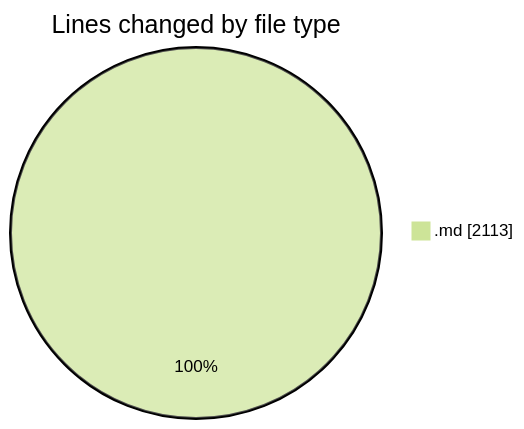
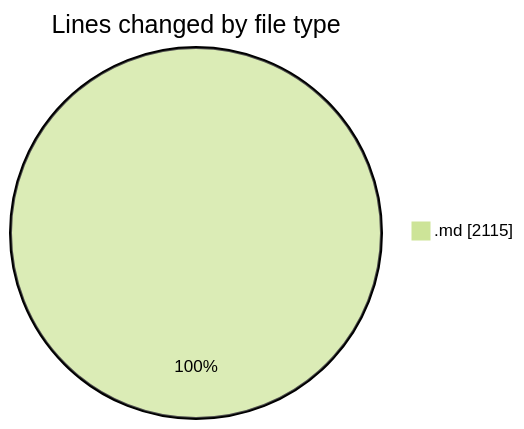
One commit to Ritupan-Deka/code-tracking changed the first of 2 diagrams in 2025-07-07/urlwebwala_intership_work/README.md. Above: the diagram before and after it, drawn with Mermaid (forest theme). The commit also changed other lines of this file and 1 other file, not shown here.

````diff
--- a/2025-07-07/urlwebwala_intership_work/README.md
+++ b/2025-07-07/urlwebwala_intership_work/README.md
@@ -22,5 +22,5 @@
 ```mermaid
 pie showData
 title Lines changed by file type
-".md" : 2113
+".md" : 2115
 ```
````
